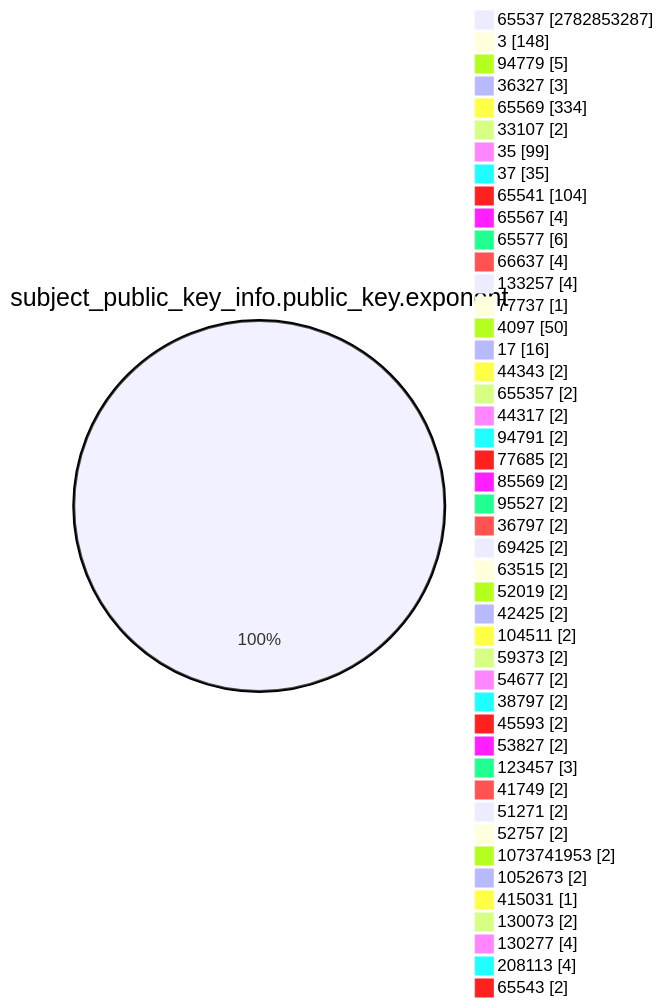
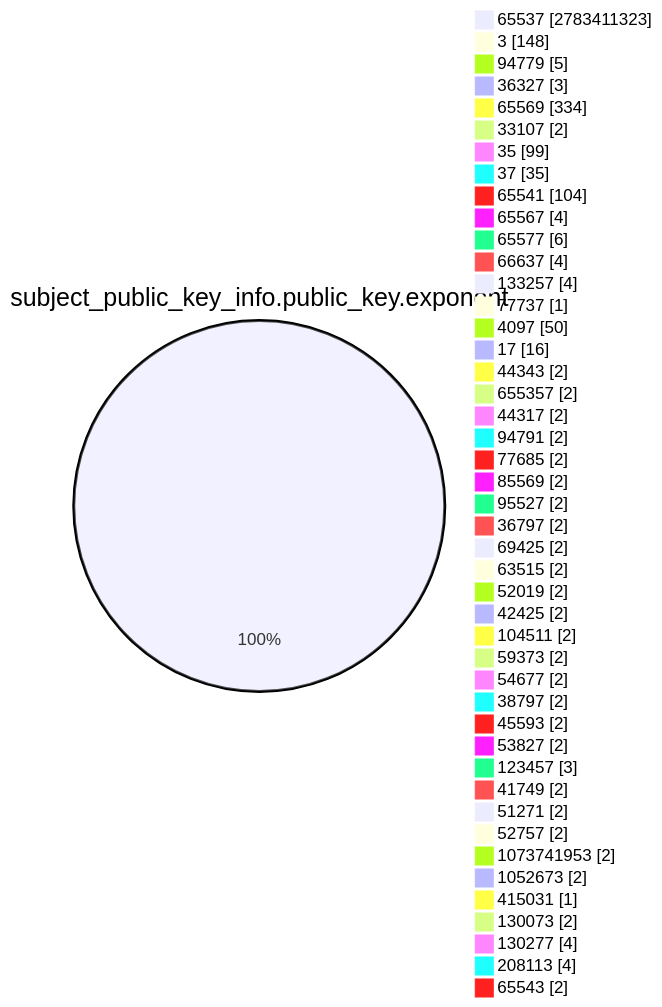
One commit to christiankrug/ctmonitor_visualization changed the fourth of 15 diagrams in TOTAL/README.md. Above: the diagram before and after it, drawn with Mermaid. The commit also changed other lines of this file, not shown here.

````diff
--- a/TOTAL/README.md
+++ b/TOTAL/README.md
@@ -1467,49 +1467,49 @@
 ```mermaid
 pie showData
 title subject_public_key_info.public_key.exponent
-"65537" :2782853287
+"65537" :2783411323
 "3" :148
 "94779" :5
 "36327" :3
 "65569" :334
 "33107" :2
 "35" :99
 "37" :35
 "65541" :104
 "65567" :4
 "65577" :6
 "66637" :4
 "133257" :4
 "77737" :1
 "4097" :50
 "17" :16
 "44343" :2
 "655357" :2
 "44317" :2
 "94791" :2
 "77685" :2
 "85569" :2
 "95527" :2
 "36797" :2
 "69425" :2
 "63515" :2
 "52019" :2
 "42425" :2
 "104511" :2
 "59373" :2
 "54677" :2
 "38797" :2
 "45593" :2
 "53827" :2
 "123457" :3
 "41749" :2
 "51271" :2
 "52757" :2
 "1073741953" :2
 "1052673" :2
 "415031" :1
 "130073" :2
 "130277" :4
 "208113" :4
 "65543" :2
 ```
````
